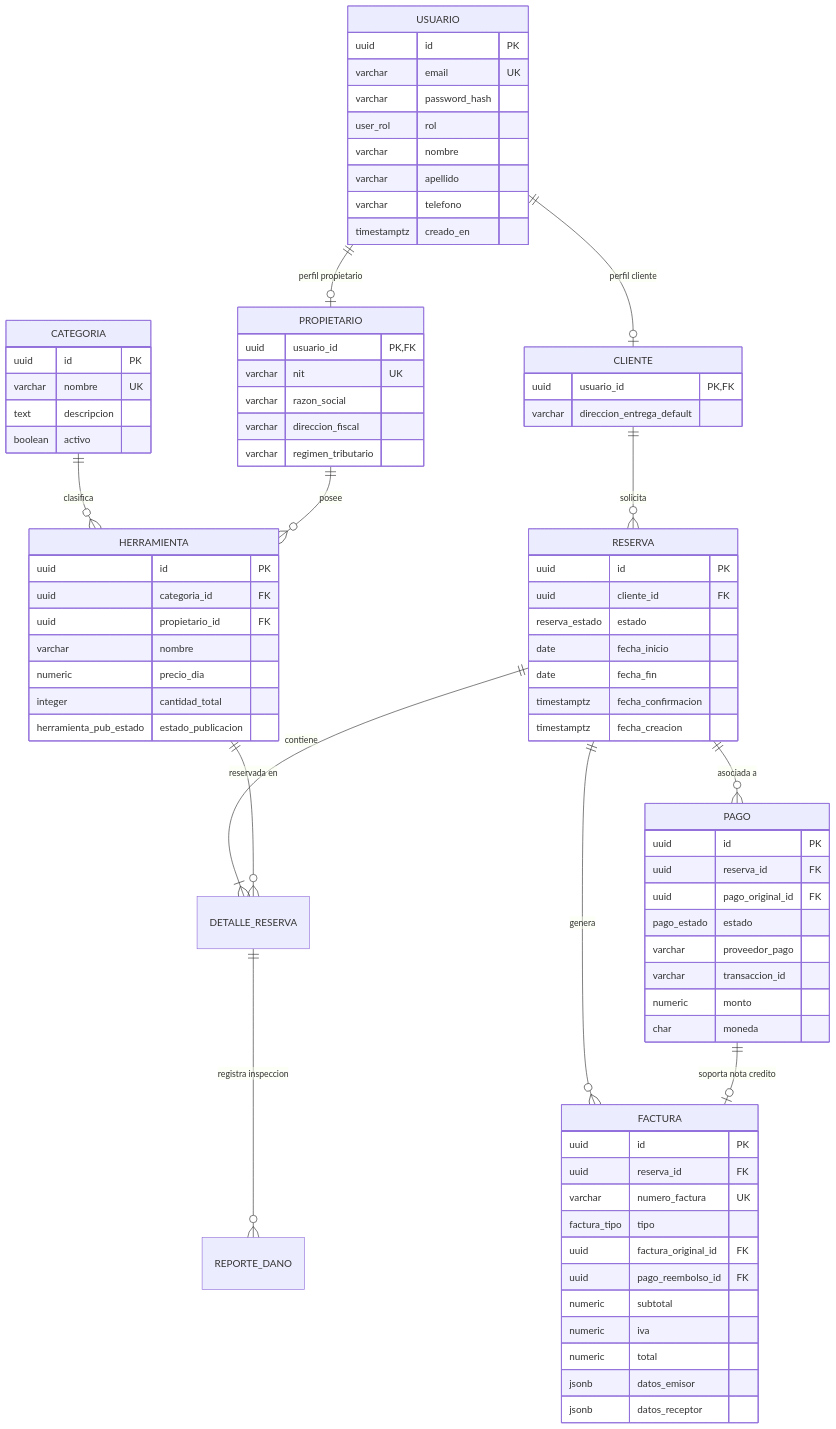
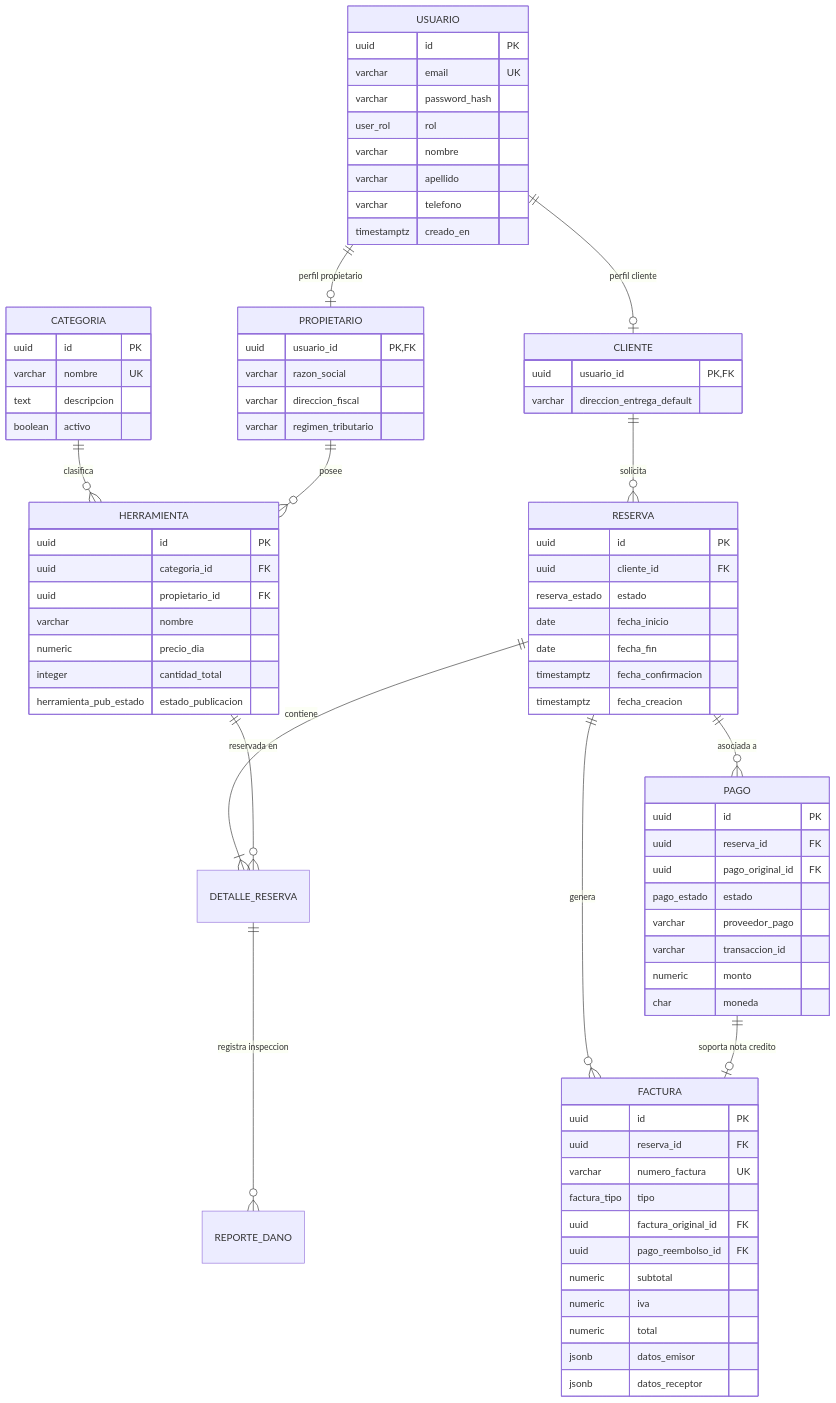
The second of 2 diagrams in README.md (Samuelgelvez20/Plataforma-de-Renta-de-Herramientas-de-Construccion), drawn with Mermaid before and after one commit. The commit also changed other lines of this file and 74 other files, not shown here.

Commit message:
feat: complete repair billing and admin E2E flow

```diff
--- a/README.md
+++ b/README.md
@@ -135,7 +135,6 @@
 
     PROPIETARIO {
         uuid usuario_id PK,FK
-        varchar nit UK
         varchar razon_social
         varchar direccion_fiscal
         varchar regimen_tributario
```
